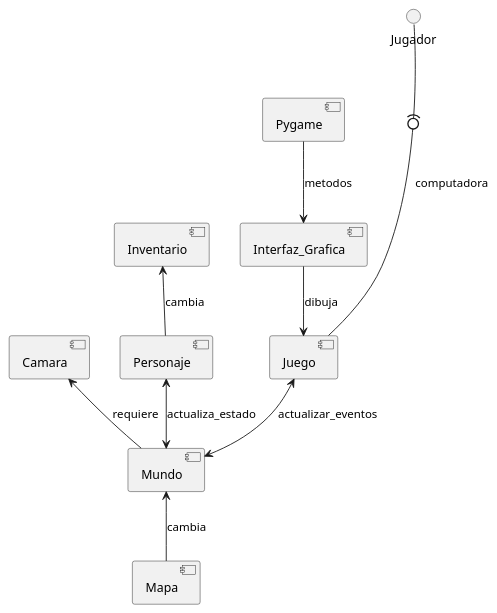
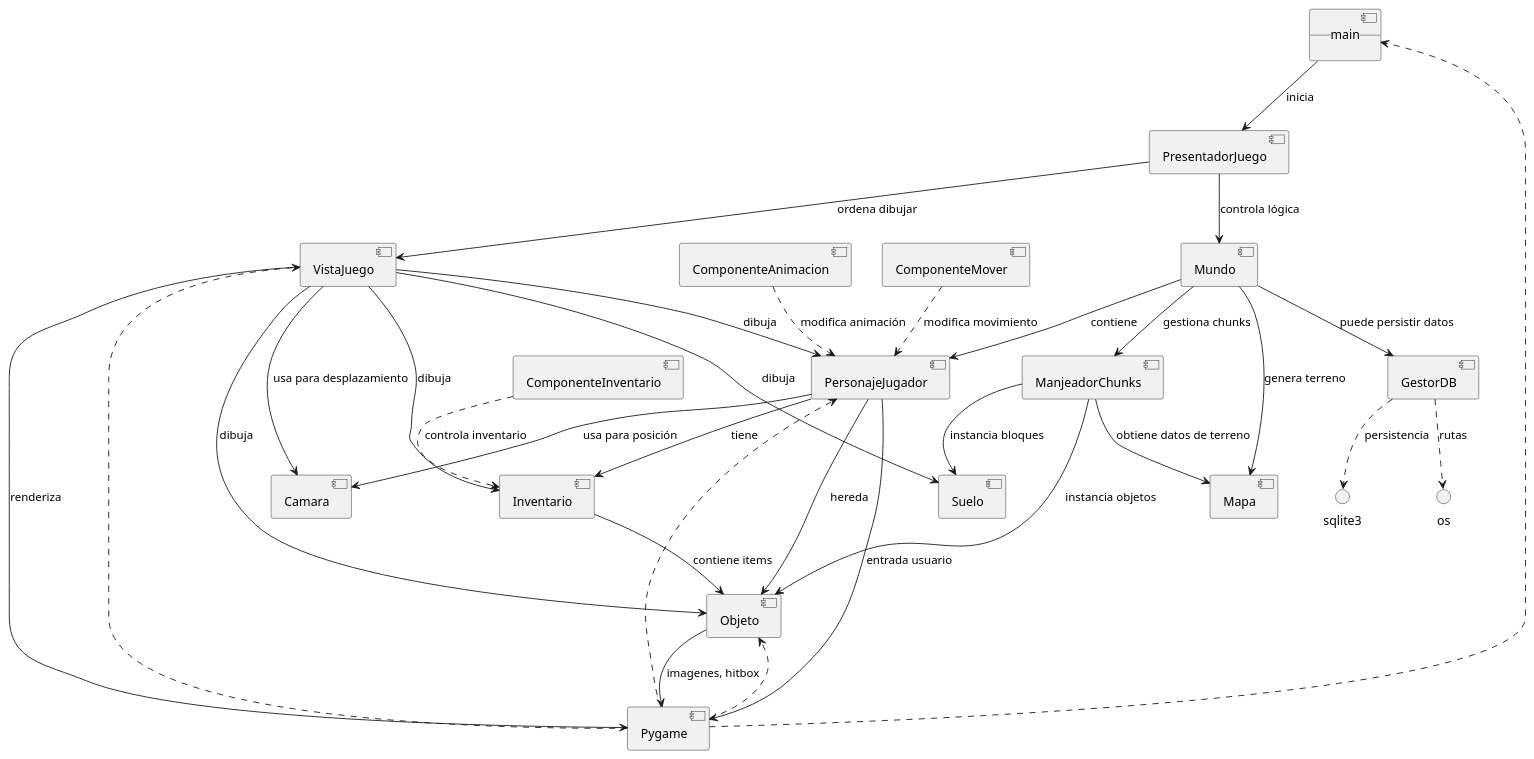
The diagram in doc/componente.puml (JosiasTomasnanez/SatisPlanning-game), drawn with PlantUML before and after one commit. The commit also changed 2 other files, not shown here.

Commit message:
actualizacion de diagramas

```diff
--- a/doc/componente.puml
+++ b/doc/componente.puml
@@ -1,19 +1,61 @@
 @startuml DiagramaComponente
-[Juego]
+
+' Componentes principales
+[__main__] as Main
+[PresentadorJuego]
+[VistaJuego]
 [Camara]
-[Interfaz_Grafica]
+[Mundo]
+[ManjeadorChunks]
+[Mapa]
+[PersonajeJugador]
 [Inventario]
-[Mapa]
-[Mundo]
-[Personaje]
+[GestorDB]
+[Objeto]
+[Suelo]
 [Pygame]
-[Mundo]
-Jugador --(0-- Juego : computadora
-Juego  <--> Mundo: actualizar_eventos
-Interfaz_Grafica --> Juego: dibuja
-Pygame --> Interfaz_Grafica: metodos
-Camara <-- Mundo: requiere
-Personaje <--> Mundo: actualiza_estado
-Mundo <-- Mapa: cambia
-Inventario <-- Personaje: cambia
+
+' Relaciones de flujo principal
+Main --> PresentadorJuego : inicia
+PresentadorJuego --> Mundo : controla lógica
+PresentadorJuego --> VistaJuego : ordena dibujar
+VistaJuego --> Camara : usa para desplazamiento
+VistaJuego --> Pygame : renderiza
+VistaJuego --> Inventario : dibuja
+VistaJuego --> PersonajeJugador : dibuja
+VistaJuego --> Objeto : dibuja
+VistaJuego --> Suelo : dibuja
+
+Mundo --> ManjeadorChunks : gestiona chunks
+Mundo --> Mapa : genera terreno
+Mundo --> PersonajeJugador : contiene
+Mundo --> GestorDB : puede persistir datos
+
+ManjeadorChunks --> Mapa : obtiene datos de terreno
+ManjeadorChunks --> Suelo : instancia bloques
+ManjeadorChunks --> Objeto : instancia objetos
+
+PersonajeJugador --> Inventario : tiene
+PersonajeJugador --> Objeto : hereda
+PersonajeJugador --> Camara : usa para posición
+PersonajeJugador --> Pygame : entrada usuario
+
+Inventario --> Objeto : contiene items
+
+GestorDB ..> sqlite3 : persistencia
+GestorDB ..> os : rutas
+
+Objeto --> Pygame : imagenes, hitbox
+
+' Componentes secundarios y dependencias
+[ComponenteMover] ..> PersonajeJugador : modifica movimiento
+[ComponenteAnimacion] ..> PersonajeJugador : modifica animación
+[ComponenteInventario] ..> Inventario : controla inventario
+
+' Relaciones de dependencias externas
+Pygame ..> Main
+Pygame ..> VistaJuego
+Pygame ..> Objeto
+Pygame ..> PersonajeJugador
+
 @enduml
```
